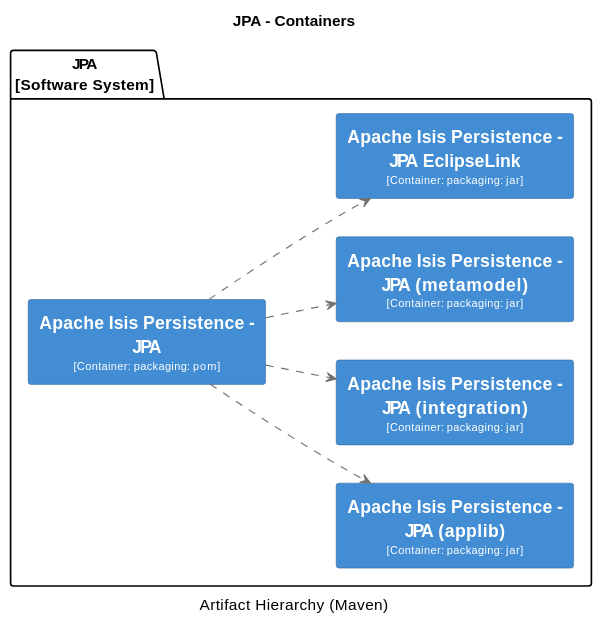
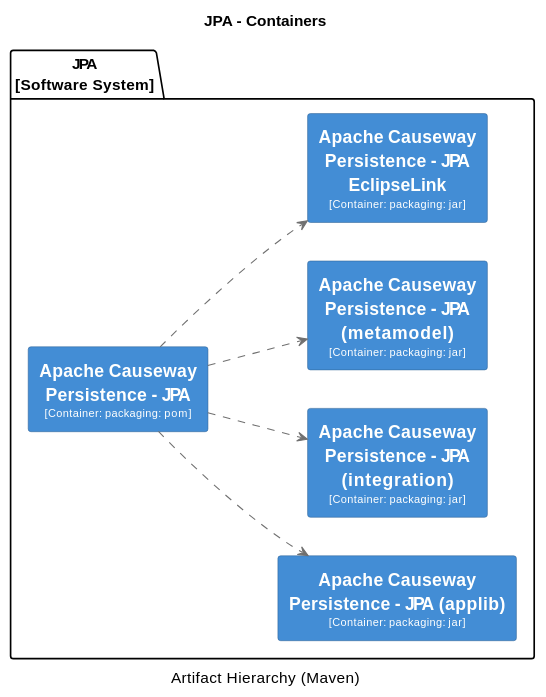
Before and after one commit to apache/causeway: the tenth of 32 diagrams in core/adoc/modules/_overview/pages/about.adoc, drawn with PlantUML. The commit also changed other lines of this file and 398 other files, not shown here.

```diff
--- a/core/adoc/modules/_overview/pages/about.adoc
+++ b/core/adoc/modules/_overview/pages/about.adoc
@@ -2300,53 +2300,53 @@
 [plantuml,JPA,svg]
 ----
 @startuml(id=JPA)
 title JPA - Containers
 caption Artifact Hierarchy (Maven)
 
 skinparam {
   shadowing false
   arrowFontSize 10
   defaultTextAlignment center
   wrapWidth 200
   maxMessageSize 100
 }
 hide stereotype
 left to right direction
 skinparam rectangle<<2>> {
   BackgroundColor #438dd5
   FontColor #fffffe
   BorderColor #2E6295
 }
 skinparam rectangle<<3>> {
   BackgroundColor #438dd5
   FontColor #fffffe
   BorderColor #2E6295
 }
 skinparam rectangle<<4>> {
   BackgroundColor #438dd5
   FontColor #fffffe
   BorderColor #2E6295
 }
 skinparam rectangle<<5>> {
   BackgroundColor #438dd5
   FontColor #fffffe
   BorderColor #2E6295
 }
 skinparam rectangle<<6>> {
   BackgroundColor #438dd5
   FontColor #fffffe
   BorderColor #2E6295
 }
 package "JPA\n[Software System]" {
-  rectangle "==Apache Isis Persistence - JPA\n<size:10>[Container: packaging: pom]</size>" <<2>> as 2
-  rectangle "==Apache Isis Persistence - JPA (applib)\n<size:10>[Container: packaging: jar]</size>" <<3>> as 3
-  rectangle "==Apache Isis Persistence - JPA (integration)\n<size:10>[Container: packaging: jar]</size>" <<5>> as 5
-  rectangle "==Apache Isis Persistence - JPA (metamodel)\n<size:10>[Container: packaging: jar]</size>" <<6>> as 6
-  rectangle "==Apache Isis Persistence - JPA EclipseLink\n<size:10>[Container: packaging: jar]</size>" <<4>> as 4
+  rectangle "==Apache Causeway Persistence - JPA\n<size:10>[Container: packaging: pom]</size>" <<2>> as 2
+  rectangle "==Apache Causeway Persistence - JPA (applib)\n<size:10>[Container: packaging: jar]</size>" <<3>> as 3
+  rectangle "==Apache Causeway Persistence - JPA (integration)\n<size:10>[Container: packaging: jar]</size>" <<5>> as 5
+  rectangle "==Apache Causeway Persistence - JPA (metamodel)\n<size:10>[Container: packaging: jar]</size>" <<6>> as 6
+  rectangle "==Apache Causeway Persistence - JPA EclipseLink\n<size:10>[Container: packaging: jar]</size>" <<4>> as 4
 }
 2 .[#707070].> 3 : ""
 2 .[#707070].> 5 : ""
 2 .[#707070].> 6 : ""
 2 .[#707070].> 4 : ""
 @enduml
 ----
```
